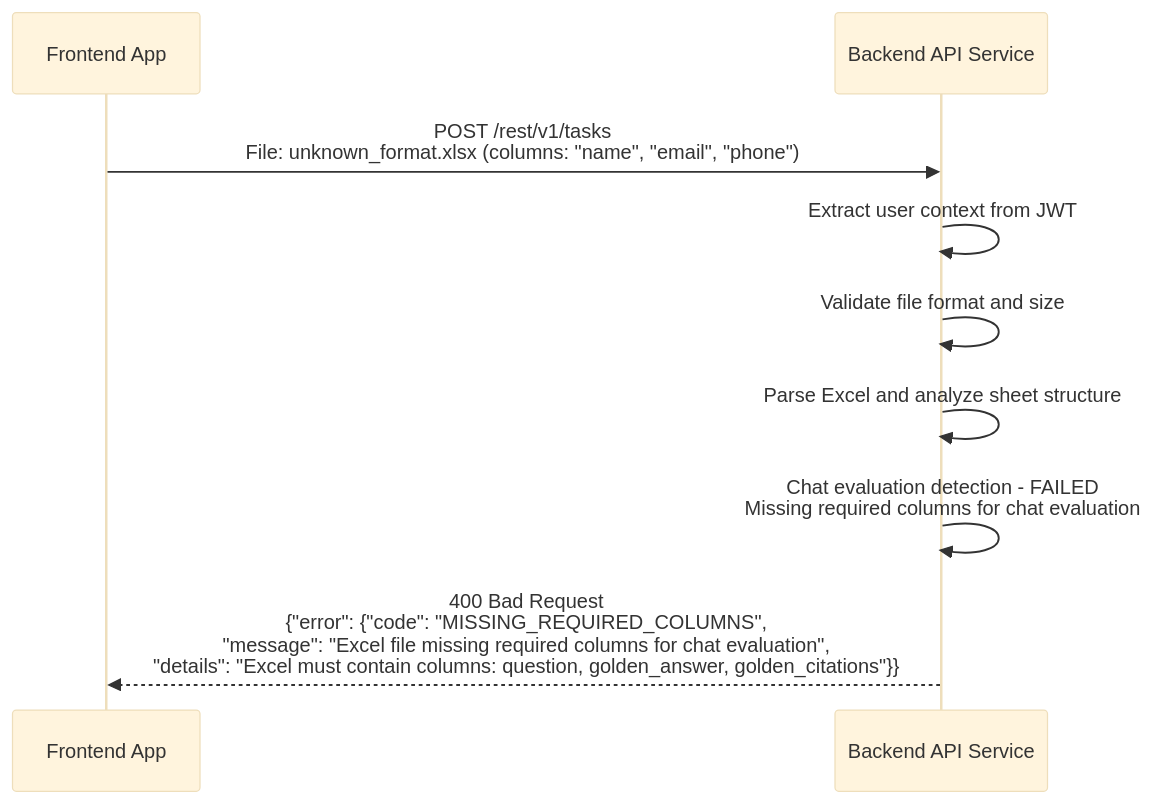
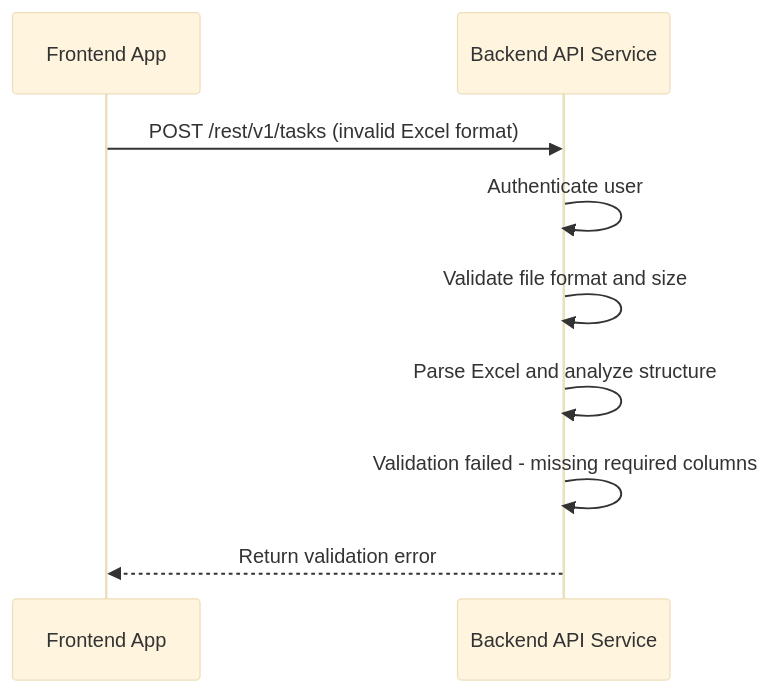
The second of 9 diagrams in docs/sequence-diagrams-api-handling.md (andrewhzy/SpringHttpClientDataJpaDemo), drawn with Mermaid (base theme) before and after one commit. The commit also changed other lines of this file and 2 other files, not shown here.

Commit message:
Update API specification to reflect new maximum rows per sheet limit and enhance README with backend Java classes flow, clarifying component responsibilities for Excel file uploads and task management.

````diff
--- a/docs/sequence-diagrams-api-handling.md
+++ b/docs/sequence-diagrams-api-handling.md
@@ -74,12 +55,12 @@
 ```mermaid
 sequenceDiagram
     participant FE as Frontend App
     participant API as Backend API Service
     
-    FE->>API: POST /rest/v1/tasks<br/>File: unknown_format.xlsx (columns: "name", "email", "phone")
-    API->>API: Extract user context from JWT
+    FE->>API: POST /rest/v1/tasks (invalid Excel format)
+    API->>API: Authenticate user
     API->>API: Validate file format and size
-    API->>API: Parse Excel and analyze sheet structure
-    API->>API: Chat evaluation detection - FAILED<br/>Missing required columns for chat evaluation
-    API-->>FE: 400 Bad Request<br/>{"error": {"code": "MISSING_REQUIRED_COLUMNS", <br/>"message": "Excel file missing required columns for chat evaluation", <br/>"details": "Excel must contain columns: question, golden_answer, golden_citations"}}
+    API->>API: Parse Excel and analyze structure
+    API->>API: Validation failed - missing required columns
+    API-->>FE: Return validation error
 ```
````
